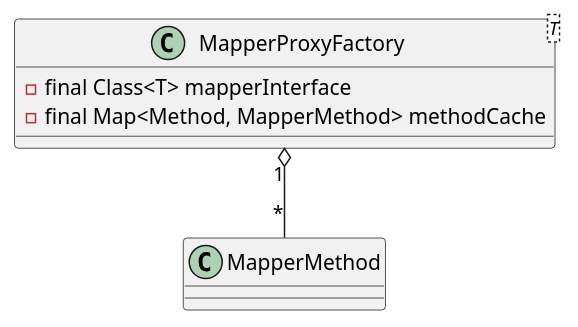
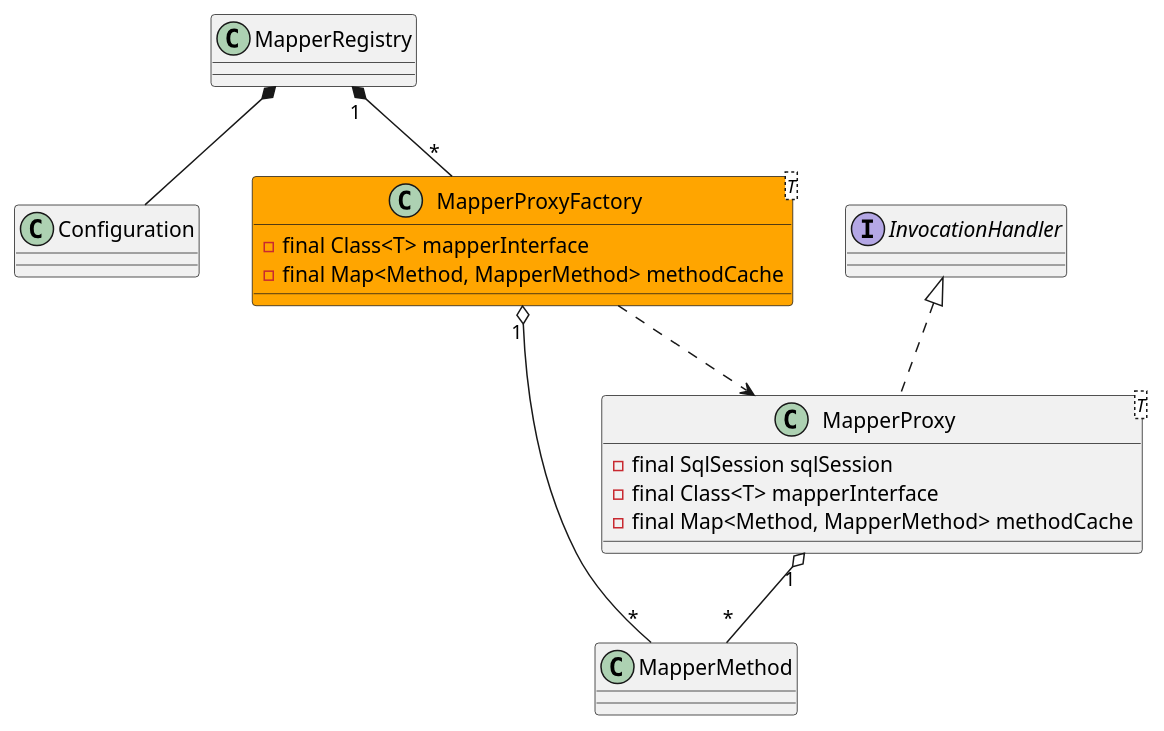
One commit to onlyonion/development changed the diagram in docs/20-framework/src/mybatis/mybatis/binding/MapperProxyFactory.md. Above: the diagram before and after it, drawn with PlantUML. The commit also changed 20 other files, not shown here.

````diff
--- a/docs/20-framework/src/mybatis/mybatis/binding/MapperProxyFactory.md
+++ b/docs/20-framework/src/mybatis/mybatis/binding/MapperProxyFactory.md
@@ -4,12 +4,28 @@
 ```plantuml
 @startuml
 
-class MapperProxyFactory<T> {
+'''''''''''''''''''''MapperRegistry'''''''''''''''''''''
+class MapperRegistry
+MapperRegistry *-- Configuration
+MapperRegistry "1" *-- "*" MapperProxyFactory
+
+'''''''''''''''''''''MapperProxyFactory'''''''''''''''''''''
+class MapperProxyFactory<T> #orange {
     - final Class<T> mapperInterface
     - final Map<Method, MapperMethod> methodCache
 }
+MapperProxyFactory "1" o-- "*" MapperMethod
+MapperProxyFactory ..> MapperProxy
 
-MapperProxyFactory "1" o-- "*"  MapperMethod
+'''''''''''''''''''''MapperProxy'''''''''''''''''''''
+class MapperProxy<T> {
+    - final SqlSession sqlSession
+    - final Class<T> mapperInterface
+    - final Map<Method, MapperMethod> methodCache
+}
+MapperProxy "1" o-- "*" MapperMethod
+interface InvocationHandler
+InvocationHandler ^.. MapperProxy
 
 @enduml
 ```
````
